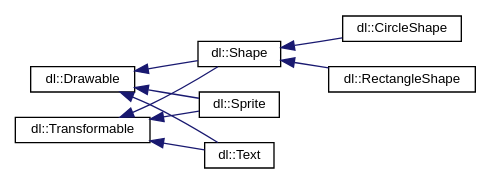
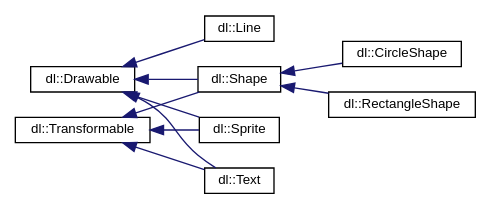
Before and after one commit to Dogbonee/Dualie: the diagram in docs/inherit_graph_2.dot, drawn with Graphviz. The commit also changed 81 other files, not shown here.

```diff
--- a/docs/inherit_graph_2.dot
+++ b/docs/inherit_graph_2.dot
@@ -1,22 +1,24 @@
 digraph "Graphical Class Hierarchy"
 {
  // LATEX_PDF_SIZE
   edge [fontname="Helvetica",fontsize="10",labelfontname="Helvetica",labelfontsize="10"];
   node [fontname="Helvetica",fontsize="10",shape=record];
   rankdir="LR";
   Node0 [label="dl::Drawable",height=0.2,width=0.4,color="black", fillcolor="white", style="filled",URL="$classdl_1_1Drawable.html",tooltip="The base class for any object that can be drawn to the screen."];
   Node0 -> Node1 [dir="back",color="midnightblue",fontsize="10",style="solid",fontname="Helvetica"];
-  Node1 [label="dl::Shape",height=0.2,width=0.4,color="black", fillcolor="white", style="filled",URL="$classdl_1_1Shape.html",tooltip="The base class for any shape."];
-  Node1 -> Node2 [dir="back",color="midnightblue",fontsize="10",style="solid",fontname="Helvetica"];
-  Node2 [label="dl::CircleShape",height=0.2,width=0.4,color="black", fillcolor="white", style="filled",URL="$classdl_1_1CircleShape.html",tooltip="A circle shape."];
-  Node1 -> Node3 [dir="back",color="midnightblue",fontsize="10",style="solid",fontname="Helvetica"];
-  Node3 [label="dl::RectangleShape",height=0.2,width=0.4,color="black", fillcolor="white", style="filled",URL="$classdl_1_1RectangleShape.html",tooltip="A rectangle shape."];
-  Node0 -> Node4 [dir="back",color="midnightblue",fontsize="10",style="solid",fontname="Helvetica"];
-  Node4 [label="dl::Sprite",height=0.2,width=0.4,color="black", fillcolor="white", style="filled",URL="$classdl_1_1Sprite.html",tooltip="A class used to handle the drawing and transformation of sprites."];
+  Node1 [label="dl::Line",height=0.2,width=0.4,color="black", fillcolor="white", style="filled",URL="$classdl_1_1Line.html",tooltip=" "];
+  Node0 -> Node2 [dir="back",color="midnightblue",fontsize="10",style="solid",fontname="Helvetica"];
+  Node2 [label="dl::Shape",height=0.2,width=0.4,color="black", fillcolor="white", style="filled",URL="$classdl_1_1Shape.html",tooltip="The base class for any shape."];
+  Node2 -> Node3 [dir="back",color="midnightblue",fontsize="10",style="solid",fontname="Helvetica"];
+  Node3 [label="dl::CircleShape",height=0.2,width=0.4,color="black", fillcolor="white", style="filled",URL="$classdl_1_1CircleShape.html",tooltip="A circle shape."];
+  Node2 -> Node4 [dir="back",color="midnightblue",fontsize="10",style="solid",fontname="Helvetica"];
+  Node4 [label="dl::RectangleShape",height=0.2,width=0.4,color="black", fillcolor="white", style="filled",URL="$classdl_1_1RectangleShape.html",tooltip="A rectangle shape."];
   Node0 -> Node5 [dir="back",color="midnightblue",fontsize="10",style="solid",fontname="Helvetica"];
-  Node5 [label="dl::Text",height=0.2,width=0.4,color="black", fillcolor="white", style="filled",URL="$classdl_1_1Text.html",tooltip="A class used to handle the transformation and drawing of visible text."];
-  Node16 [label="dl::Transformable",height=0.2,width=0.4,color="black", fillcolor="white", style="filled",URL="$classdl_1_1Transformable.html",tooltip="A base class for anything that has a position on the screen."];
-  Node16 -> Node1 [dir="back",color="midnightblue",fontsize="10",style="solid",fontname="Helvetica"];
-  Node16 -> Node4 [dir="back",color="midnightblue",fontsize="10",style="solid",fontname="Helvetica"];
-  Node16 -> Node5 [dir="back",color="midnightblue",fontsize="10",style="solid",fontname="Helvetica"];
+  Node5 [label="dl::Sprite",height=0.2,width=0.4,color="black", fillcolor="white", style="filled",URL="$classdl_1_1Sprite.html",tooltip="A class used to handle the drawing and transformation of sprites."];
+  Node0 -> Node6 [dir="back",color="midnightblue",fontsize="10",style="solid",fontname="Helvetica"];
+  Node6 [label="dl::Text",height=0.2,width=0.4,color="black", fillcolor="white", style="filled",URL="$classdl_1_1Text.html",tooltip="A class used to handle the transformation and drawing of visible text."];
+  Node17 [label="dl::Transformable",height=0.2,width=0.4,color="black", fillcolor="white", style="filled",URL="$classdl_1_1Transformable.html",tooltip="A base class for anything that has a position on the screen."];
+  Node17 -> Node2 [dir="back",color="midnightblue",fontsize="10",style="solid",fontname="Helvetica"];
+  Node17 -> Node5 [dir="back",color="midnightblue",fontsize="10",style="solid",fontname="Helvetica"];
+  Node17 -> Node6 [dir="back",color="midnightblue",fontsize="10",style="solid",fontname="Helvetica"];
 }
```
